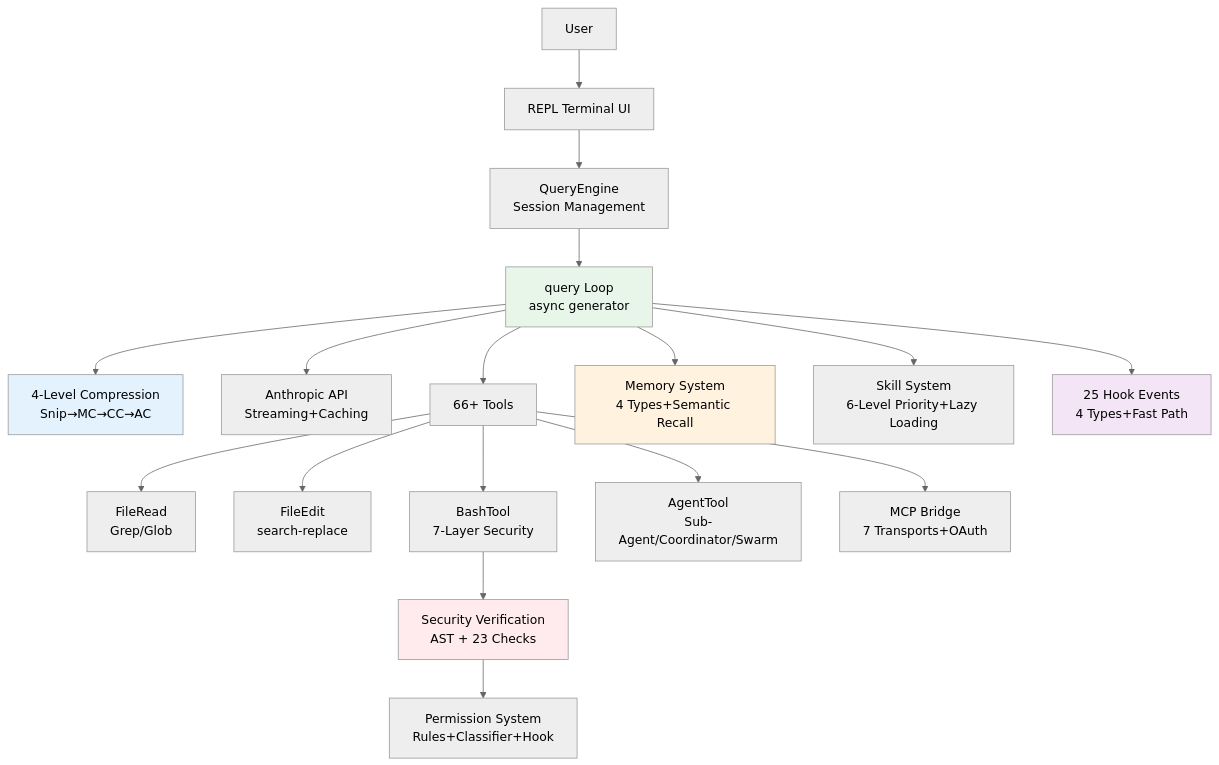
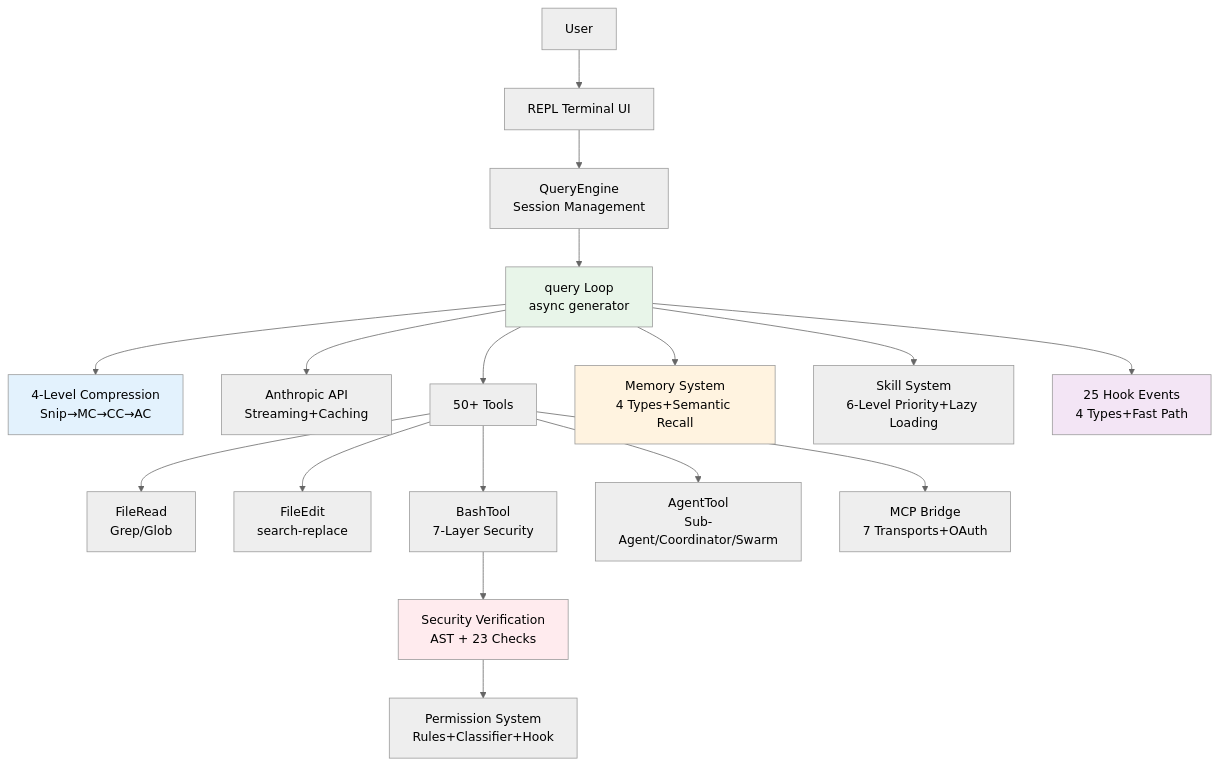
One commit to Windy3f3f3f3f/how-claude-code-works changed the diagram in en/docs/quick-start.md. Above: the diagram before and after it, drawn with Mermaid (neutral theme). The commit also changed other lines of this file and 36 other files, not shown here.

````diff
--- a/en/docs/quick-start.md
+++ b/en/docs/quick-start.md
@@ -285,29 +285,29 @@
 ```mermaid
 graph TB
     User[User] --> REPL[REPL Terminal UI]
     REPL --> QE[QueryEngine<br/>Session Management]
     QE --> Loop[query Loop<br/>async generator]
 
     Loop --> Compress[4-Level Compression<br/>Snip→MC→CC→AC]
     Loop --> API[Anthropic API<br/>Streaming+Caching]
-    Loop --> Tools[66+ Tools]
+    Loop --> Tools[50+ Tools]
 
     Tools --> Read[FileRead<br/>Grep/Glob]
     Tools --> Edit[FileEdit<br/>search-replace]
     Tools --> Bash[BashTool<br/>7-Layer Security]
     Tools --> Agent[AgentTool<br/>Sub-Agent/Coordinator/Swarm]
     Tools --> MCP[MCP Bridge<br/>7 Transports+OAuth]
 
     Bash --> Security[Security Verification<br/>AST + 23 Checks]
     Security --> Perm[Permission System<br/>Rules+Classifier+Hook]
 
     Loop --> Memory[Memory System<br/>4 Types+Semantic Recall]
     Loop --> Skills[Skill System<br/>6-Level Priority+Lazy Loading]
     Loop --> Hooks[25 Hook Events<br/>4 Types+Fast Path]
 
     style Loop fill:#e8f5e9
     style Security fill:#ffebee
     style Compress fill:#e3f2fd
     style Memory fill:#fff3e0
     style Hooks fill:#f3e5f5
 ```
````
